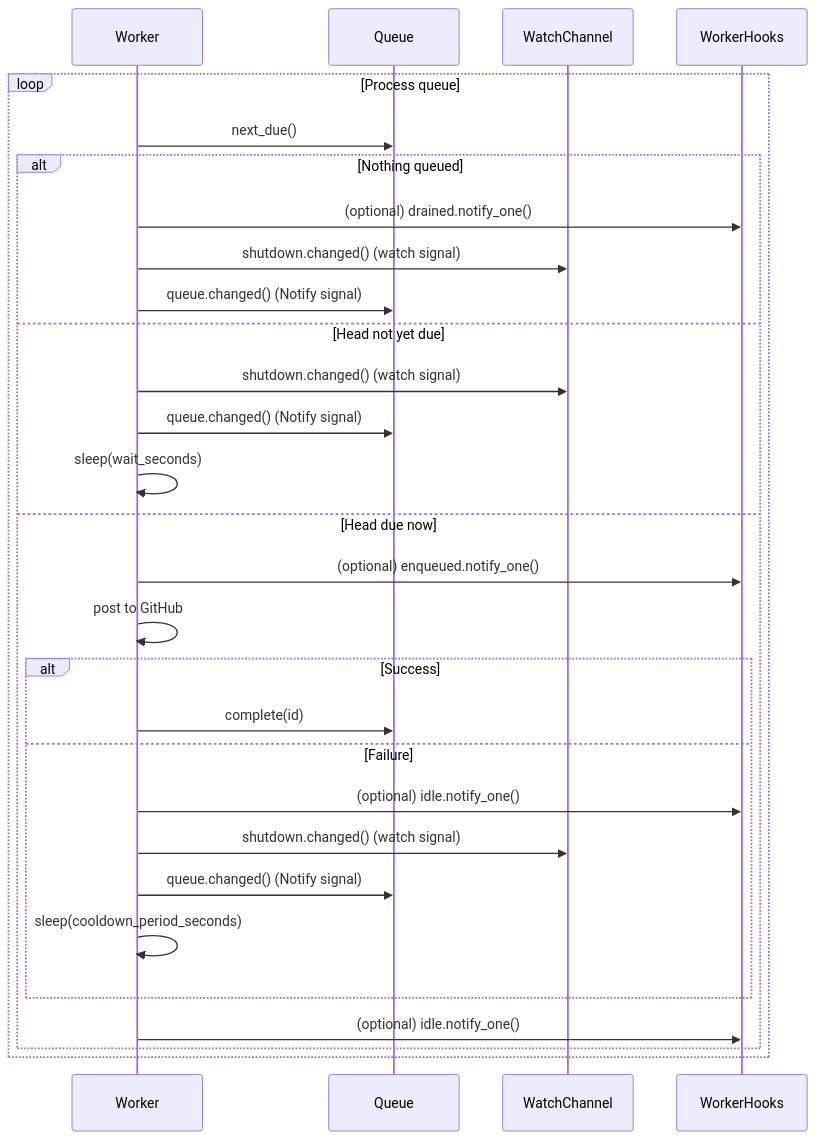
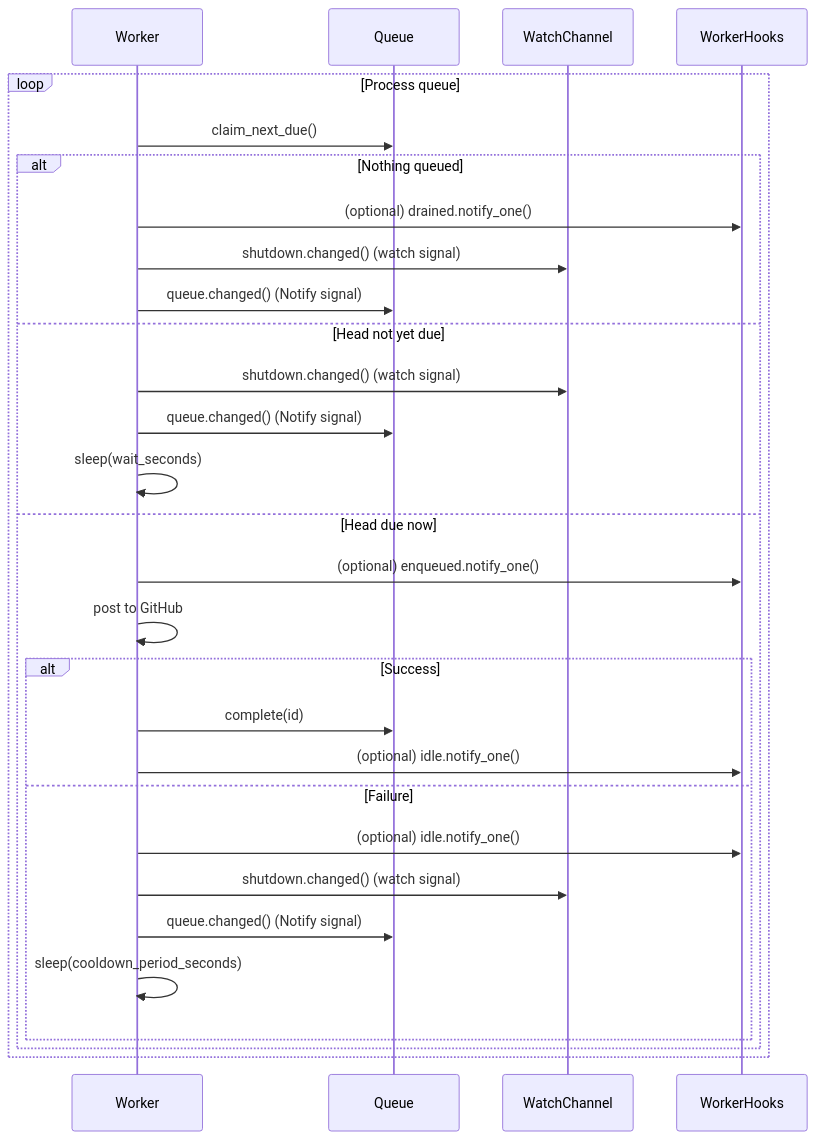
One commit to leynos/comenq changed the third of 3 diagrams in docs/comenq-design.md. Above: the diagram before and after it, drawn with Mermaid. The commit also changed other lines of this file and 10 other files, not shown here.

````diff
--- a/docs/comenq-design.md
+++ b/docs/comenq-design.md
@@ -1168,31 +1171,31 @@
 ```mermaid
 sequenceDiagram
     participant Worker
     participant Queue
     participant WatchChannel
     participant WorkerHooks
     loop Process queue
-        Worker->>Queue: next_due()
+        Worker->>Queue: claim_next_due()
         alt Nothing queued
             Worker->>WorkerHooks: (optional) drained.notify_one()
             Worker->>WatchChannel: shutdown.changed() (watch signal)
             Worker->>Queue: queue.changed() (Notify signal)
         else Head not yet due
             Worker->>WatchChannel: shutdown.changed() (watch signal)
             Worker->>Queue: queue.changed() (Notify signal)
             Worker->>Worker: sleep(wait_seconds)
         else Head due now
             Worker->>WorkerHooks: (optional) enqueued.notify_one()
             Worker->>Worker: post to GitHub
             alt Success
                 Worker->>Queue: complete(id)
+                Worker->>WorkerHooks: (optional) idle.notify_one()
             else Failure
                 Worker->>WorkerHooks: (optional) idle.notify_one()
                 Worker->>WatchChannel: shutdown.changed() (watch signal)
                 Worker->>Queue: queue.changed() (Notify signal)
                 Worker->>Worker: sleep(cooldown_period_seconds)
             end
-            Worker->>WorkerHooks: (optional) idle.notify_one()
         end
     end
 ```
````
